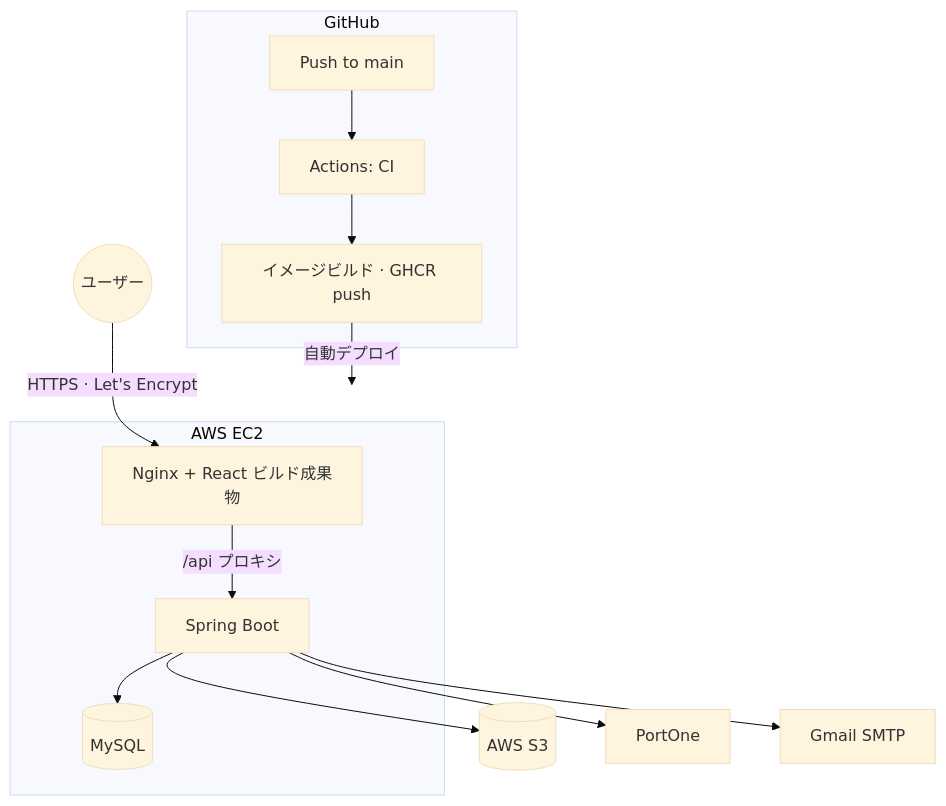
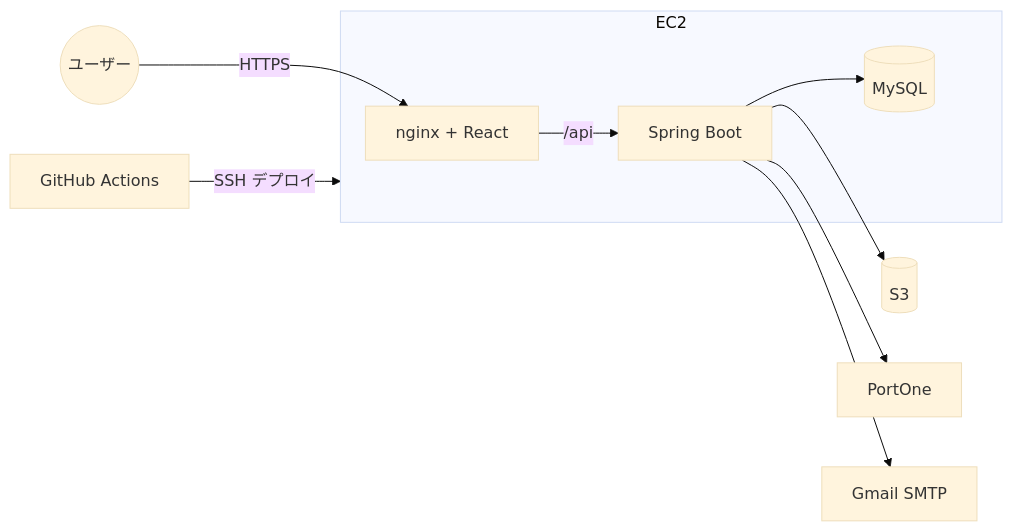
Before and after one commit to DANIELSUNWOO/prep2gether: the diagram in README.ja.md, drawn with Mermaid (base theme). The commit also changed other lines of this file, not shown here.

````diff
--- a/README.ja.md
+++ b/README.ja.md
@@ -97,22 +69,15 @@
 ```mermaid
-flowchart TB
-    U((ユーザー))
-
-    subgraph GH["GitHub"]
-        A[Push to main] --> B[Actions: CI]
-        B --> C[イメージビルド · GHCR push]
-    end
-
-    C -->|自動デプロイ| EC2
-
-    subgraph EC2["AWS EC2"]
-        F[Nginx + React ビルド成果物]
-        F -->|/api プロキシ| G[Spring Boot]
-        G --> H[(MySQL)]
-    end
-
-    U -->|HTTPS · Let's Encrypt| F
-    G --> S3[(AWS S3)]
+flowchart LR
+    U((ユーザー)) -->|HTTPS| F[nginx + React]
+    F -->|/api| G[Spring Boot]
+    G --> H[(MySQL)]
+    G --> S3[(S3)]
     G --> P[PortOne]
     G --> M[Gmail SMTP]
+    GH[GitHub Actions] -->|SSH デプロイ| EC2
+    subgraph EC2
+        F
+        G
+        H
+    end
 ```
````
